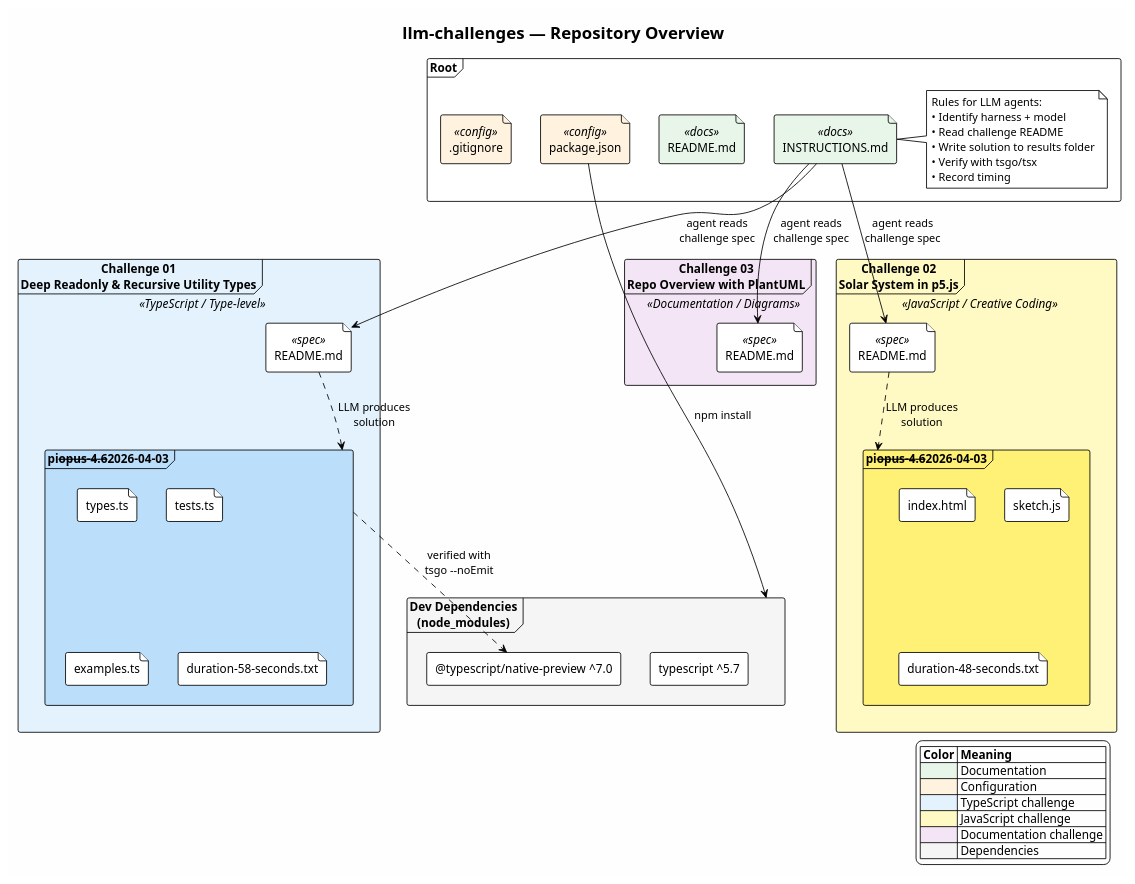
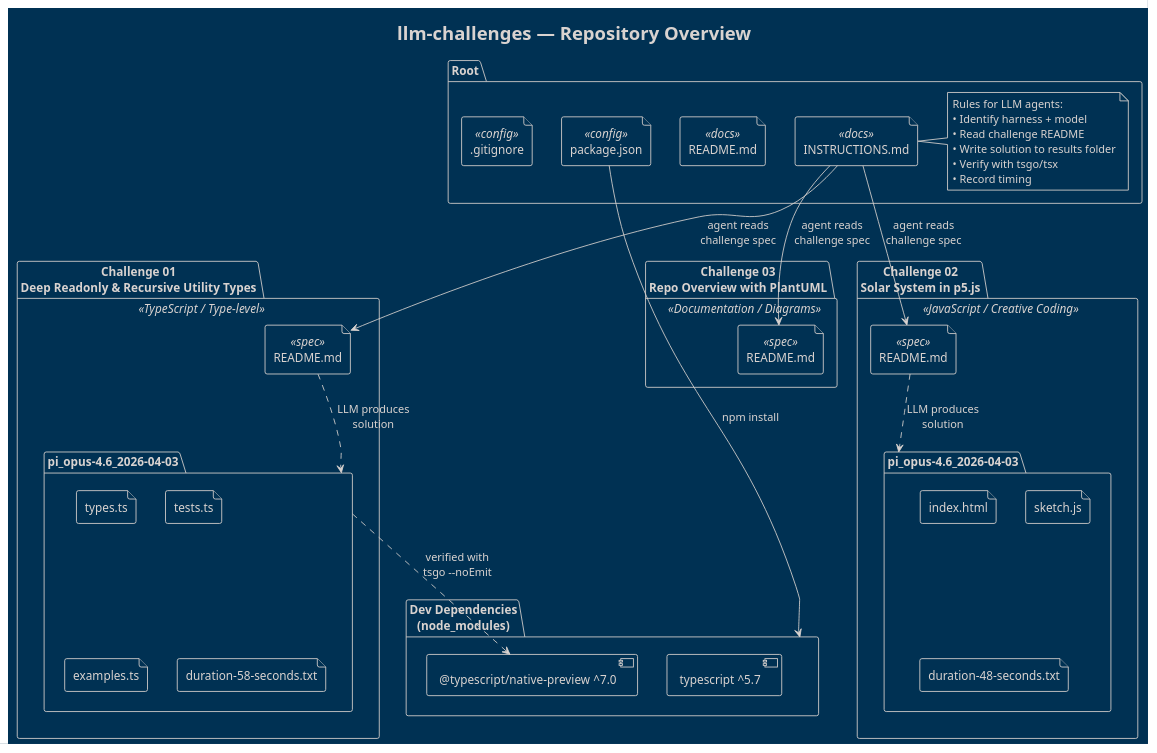
Before and after one commit to webbertakken/llm-challenges: the diagram in challenge03-repo-overview-plantuml/pi_opus-4.6_2026-04-03/overview.puml, drawn with PlantUML. The commit also changed 1 other file, not shown here.

Commit message:
Require !theme blueprint for challenge 03, update solution
- Added theme requirement to challenge03 README
- Updated solution to use blueprint theme
- Removed custom colors and legend (blueprint handles styling)
- Fixed folder names in diagram to use _ separator

```diff
--- a/challenge03-repo-overview-plantuml/pi_opus-4.6_2026-04-03/overview.puml
+++ b/challenge03-repo-overview-plantuml/pi_opus-4.6_2026-04-03/overview.puml
@@ -1,78 +1,62 @@
 @startuml llm-challenges-overview
-!theme plain
-skinparam backgroundColor #FEFEFE
-skinparam componentStyle rectangle
-skinparam packageStyle frame
-skinparam shadowing false
-skinparam defaultFontName "Segoe UI"
-skinparam titleFontSize 20
+!theme blueprint
 
 title llm-challenges — Repository Overview
 
 package "Root" as root {
-  file "README.md" as readme <<docs>> #E8F5E9
-  file "INSTRUCTIONS.md" as instructions <<docs>> #E8F5E9
-  file "package.json" as pkg <<config>> #FFF3E0
-  file ".gitignore" as gitignore <<config>> #FFF3E0
+  file "README.md" as readme <<docs>>
+  file "INSTRUCTIONS.md" as instructions <<docs>>
+  file "package.json" as pkg <<config>>
+  file ".gitignore" as gitignore <<config>>
 
   note right of instructions
     Rules for LLM agents:
     • Identify harness + model
     • Read challenge README
     • Write solution to results folder
     • Verify with tsgo/tsx
     • Record timing
   end note
 }
 
-package "Challenge 01\nDeep Readonly & Recursive Utility Types" as ch01 <<TypeScript / Type-level>> #E3F2FD {
+package "Challenge 01\nDeep Readonly & Recursive Utility Types" as ch01 <<TypeScript / Type-level>> {
   file "README.md" as ch01_readme <<spec>>
-  package "pi--opus-4.6--2026-04-03" as ch01_result #BBDEFB {
+  package "pi_opus-4.6_2026-04-03" as ch01_result {
     file "types.ts" as ch01_types
     file "tests.ts" as ch01_tests
     file "examples.ts" as ch01_examples
     file "duration-58-seconds.txt" as ch01_dur
   }
 }
 
-package "Challenge 02\nSolar System in p5.js" as ch02 <<JavaScript / Creative Coding>> #FFF9C4 {
+package "Challenge 02\nSolar System in p5.js" as ch02 <<JavaScript / Creative Coding>> {
   file "README.md" as ch02_readme <<spec>>
-  package "pi--opus-4.6--2026-04-03" as ch02_result #FFF176 {
+  package "pi_opus-4.6_2026-04-03" as ch02_result {
     file "index.html" as ch02_html
     file "sketch.js" as ch02_sketch
     file "duration-48-seconds.txt" as ch02_dur
   }
 }
 
-package "Challenge 03\nRepo Overview with PlantUML" as ch03 <<Documentation / Diagrams>> #F3E5F5 {
+package "Challenge 03\nRepo Overview with PlantUML" as ch03 <<Documentation / Diagrams>> {
   file "README.md" as ch03_readme <<spec>>
 }
 
 ' Dependencies
-package "Dev Dependencies\n(node_modules)" as deps #F5F5F5 {
+package "Dev Dependencies\n(node_modules)" as deps {
   component "typescript ^5.7" as ts
   component "@typescript/native-preview ^7.0" as tsgo
 }
 
 ' Relationships
 instructions --> ch01_readme : "agent reads\nchallenge spec"
 instructions --> ch02_readme : "agent reads\nchallenge spec"
 instructions --> ch03_readme : "agent reads\nchallenge spec"
 
 ch01_readme ..> ch01_result : "LLM produces\nsolution"
 ch02_readme ..> ch02_result : "LLM produces\nsolution"
 
 pkg --> deps : "npm install"
 ch01_result ..> tsgo : "verified with\ntsgo --noEmit"
 
-legend right
-  |= Color |= Meaning |
-  | <#E8F5E9> | Documentation |
-  | <#FFF3E0> | Configuration |
-  | <#E3F2FD> | TypeScript challenge |
-  | <#FFF9C4> | JavaScript challenge |
-  | <#F3E5F5> | Documentation challenge |
-  | <#F5F5F5> | Dependencies |
-endlegend
-
 @enduml
```
